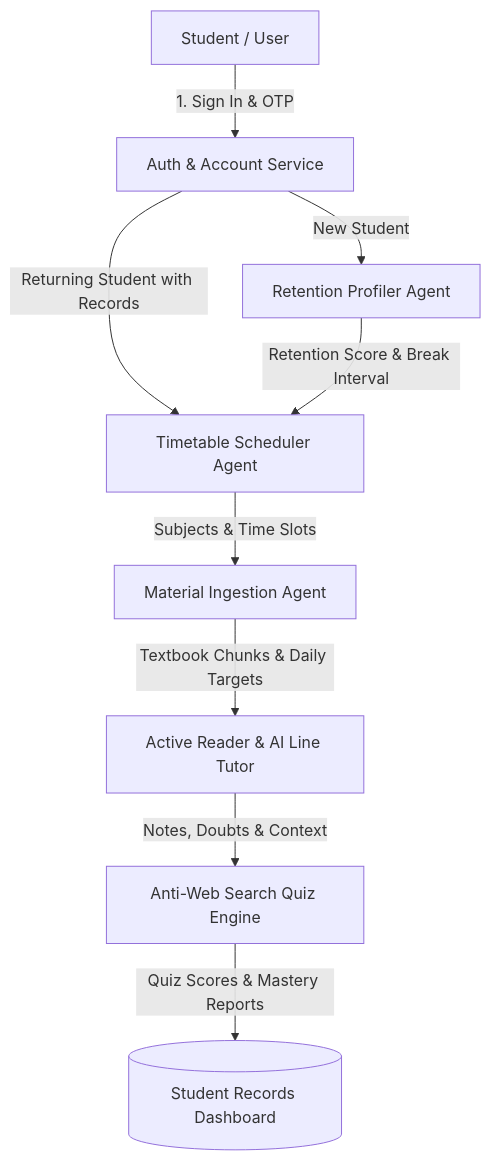
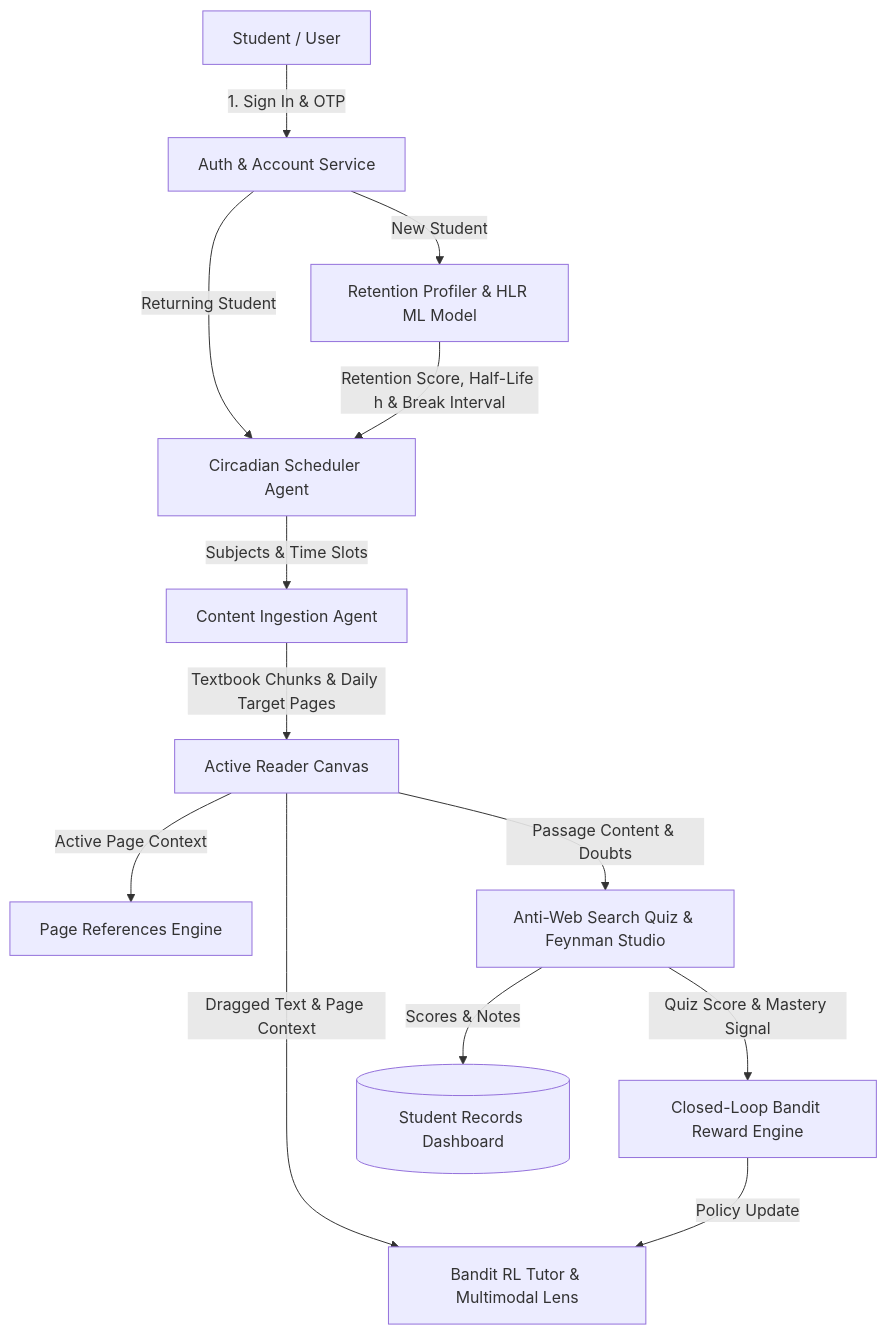
One commit to VikasHiremath14/study-prep-ai changed the diagram in README.md. Above: the diagram before and after it, drawn with Mermaid. The commit also changed other lines of this file and 1 other file, not shown here.

Commit message:
docs: enrich README and architecture docs with HLR, bandit RL, active reader sync, and 35/35 passing tests

````diff
--- a/README.md
+++ b/README.md
@@ -41,11 +42,15 @@
 ```mermaid
 graph TD
     A[Student / User] -->|1. Sign In & OTP| B[Auth & Account Service]
-    B -->|New Student| C[Retention Profiler Agent]
-    B -->|Returning Student with Records| D[Timetable Scheduler Agent]
-    C -->|Retention Score & Break Interval| D
-    D -->|Subjects & Time Slots| E[Material Ingestion Agent]
-    E -->|Textbook Chunks & Daily Targets| F[Active Reader & AI Line Tutor]
-    F -->|Notes, Doubts & Context| G[Anti-Web Search Quiz Engine]
-    G -->|Quiz Scores & Mastery Reports| H[(Student Records Dashboard)]
+    B -->|New Student| C[Retention Profiler & HLR ML Model]
+    B -->|Returning Student| D[Circadian Scheduler Agent]
+    C -->|Retention Score, Half-Life h & Break Interval| D
+    D -->|Subjects & Time Slots| E[Content Ingestion Agent]
+    E -->|Textbook Chunks & Daily Target Pages| F[Active Reader Canvas]
+    F -->|Dragged Text & Page Context| G[Bandit RL Tutor & Multimodal Lens]
+    F -->|Active Page Context| H[Page References Engine]
+    F -->|Passage Content & Doubts| I[Anti-Web Search Quiz & Feynman Studio]
+    I -->|Quiz Score & Mastery Signal| J[Closed-Loop Bandit Reward Engine]
+    J -->|Policy Update| G
+    I -->|Scores & Notes| K[(Student Records Dashboard)]
 ```
````
